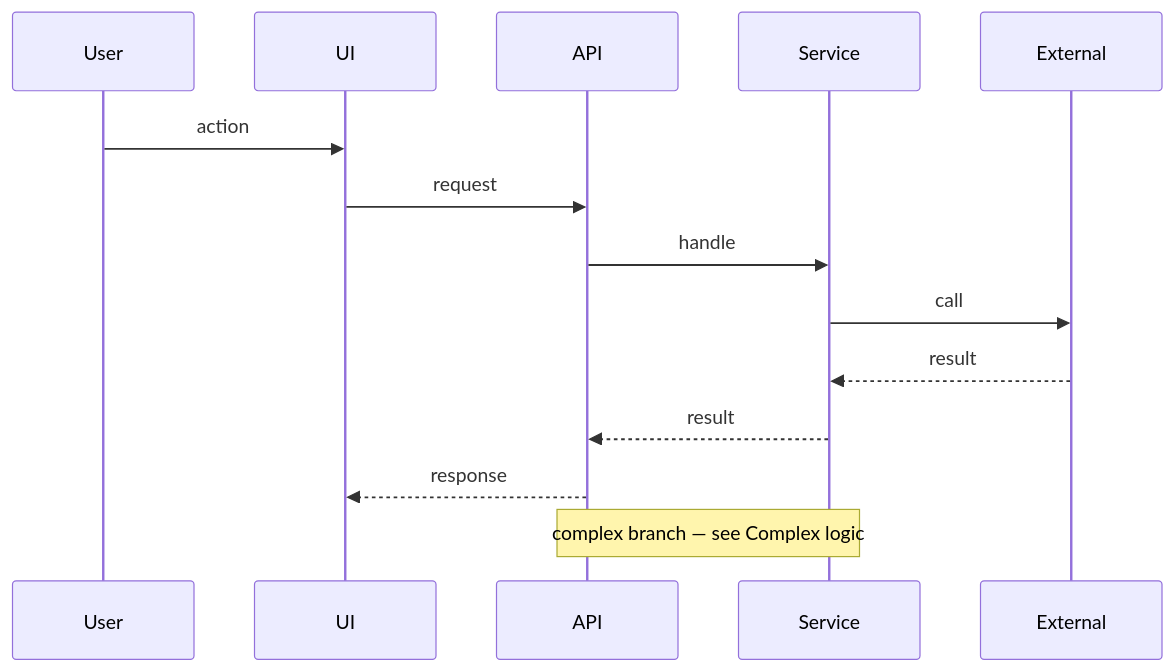
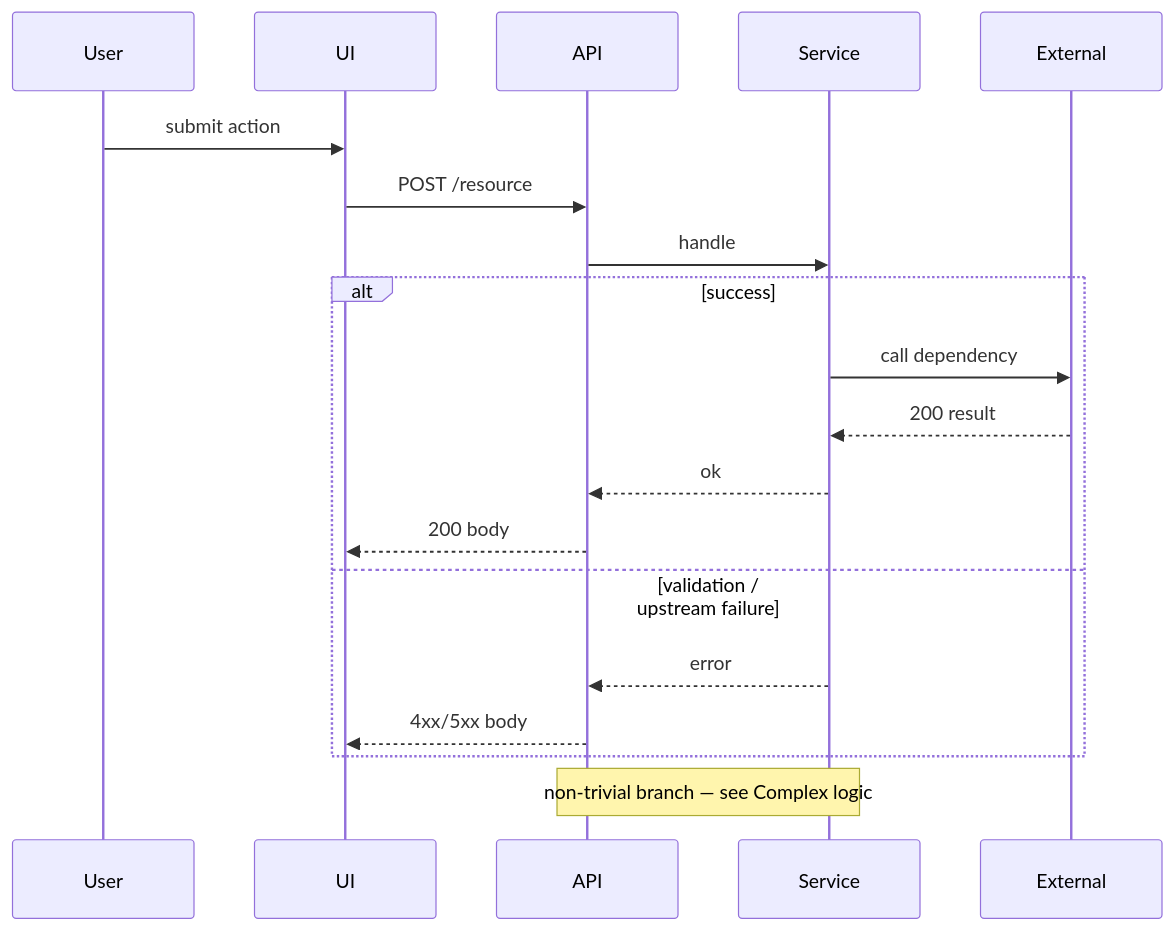
One commit to ezcafe/dotfiles changed the diagram in AI/skills/my-wiki-flow/assets/project-pages/solution-design-feature.md. Above: the diagram before and after it, drawn with Mermaid. The commit also changed other lines of this file and 11 other files, not shown here.

````diff
--- a/AI/skills/my-wiki-flow/assets/project-pages/solution-design-feature.md
+++ b/AI/skills/my-wiki-flow/assets/project-pages/solution-design-feature.md
@@ -43,16 +61,21 @@
 ```mermaid
 sequenceDiagram
   participant User
   participant UI
   participant API
   participant Service
   participant Ext as External
-  User->>UI: action
-  UI->>API: request
+  User->>UI: submit action
+  UI->>API: POST /resource
   API->>Service: handle
-  Service->>Ext: call
-  Ext-->>Service: result
-  Service-->>API: result
-  API-->>UI: response
-  Note over API,Service: complex branch — see Complex logic
+  alt success
+    Service->>Ext: call dependency
+    Ext-->>Service: 200 result
+    Service-->>API: ok
+    API-->>UI: 200 body
+  else validation / upstream failure
+    Service-->>API: error
+    API-->>UI: 4xx/5xx body
+  end
+  Note over API,Service: non-trivial branch — see Complex logic
 ```
````
